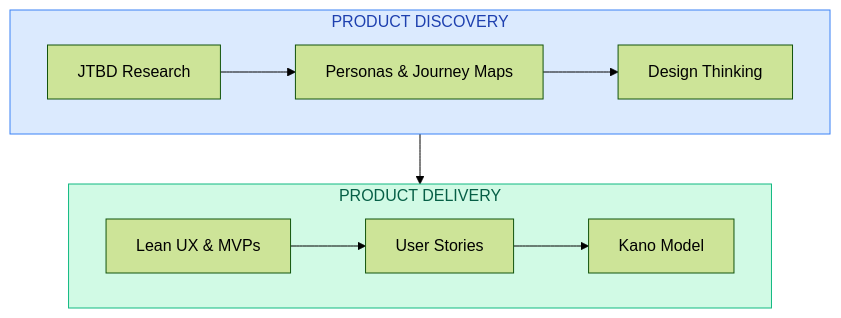
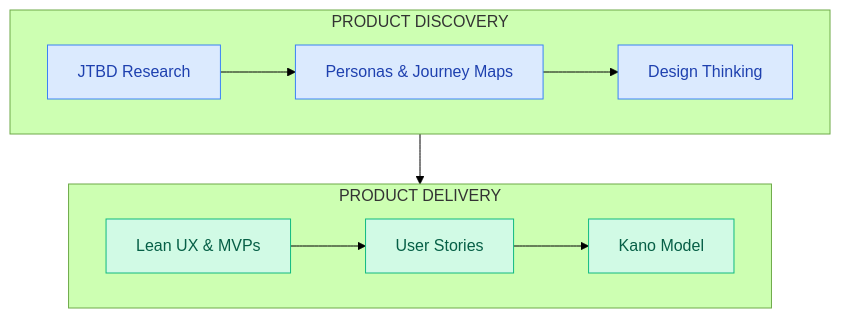
The diagram in docs/product-design/README.md (smileynet/ui-optimizer), drawn with Mermaid (forest theme) before and after one commit. The commit also changed 3 other files, not shown here.

First line of the commit message:
fix: apply classDef styling to all Mermaid nodes

````diff
--- a/docs/product-design/README.md
+++ b/docs/product-design/README.md
@@ -32,19 +32,17 @@
 ```mermaid
 flowchart TB
     classDef discovery fill:#DBEAFE,stroke:#3B82F6,color:#1E40AF
     classDef delivery fill:#D1FAE5,stroke:#10B981,color:#065F46
     
     subgraph Discovery["PRODUCT DISCOVERY"]
         direction LR
-        JTBD[JTBD Research] --> Personas[Personas & Journey Maps] --> DT[Design Thinking]
+        JTBD[JTBD Research]:::discovery --> Personas[Personas & Journey Maps]:::discovery --> DT[Design Thinking]:::discovery
     end
     
     subgraph Delivery["PRODUCT DELIVERY"]
         direction LR
-        Lean[Lean UX & MVPs] --> Stories[User Stories] --> Kano[Kano Model]
+        Lean[Lean UX & MVPs]:::delivery --> Stories[User Stories]:::delivery --> Kano[Kano Model]:::delivery
     end
     
-    Discovery:::discovery
-    Delivery:::delivery
     DT --> Lean
 ```
````
